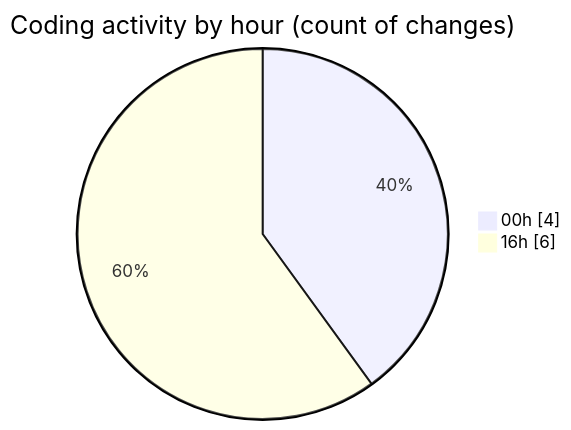
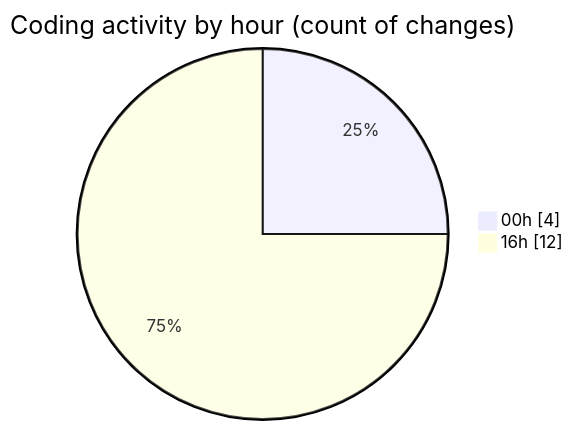
Before and after one commit to FixMe24/code-tracking: the second of 2 diagrams in 2025-05-20/fixme24/README.md, drawn with Mermaid. The commit also changed other lines of this file and 1 other file, not shown here.

````diff
--- a/2025-05-20/fixme24/README.md
+++ b/2025-05-20/fixme24/README.md
@@ -36,6 +41,6 @@
 ```mermaid
 pie showData
 title Coding activity by hour (count of changes)
 "00h" : 4
-"16h" : 6
+"16h" : 12
 ```
````
